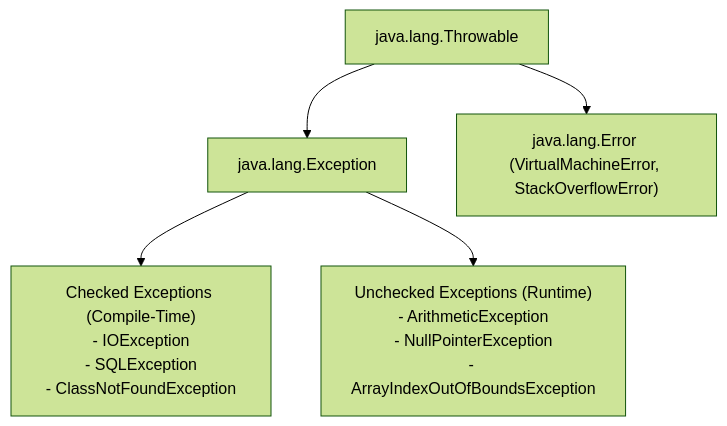
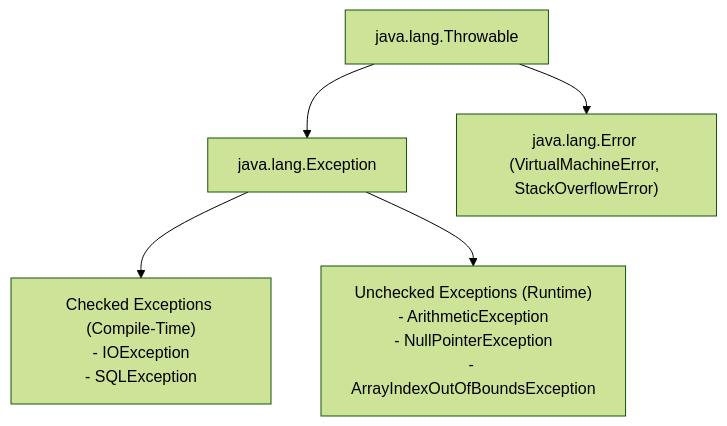
Before and after one commit to Arghya876/Java-Core-Masterclass-and-Practice: the fourth of 4 diagrams in README.md, drawn with Mermaid (forest theme). The commit also changed other lines of this file and 53 other files, not shown here.

````diff
--- a/README.md
+++ b/README.md
@@ -162,9 +174,9 @@
 ```mermaid
 flowchart TD
     Throwable["java.lang.Throwable"]
     Throwable --> Exception["java.lang.Exception"]
     Throwable --> Error["java.lang.Error (VirtualMachineError, StackOverflowError)"]
     
-    Exception --> Checked["Checked Exceptions (Compile-Time)\n- IOException\n- SQLException\n- ClassNotFoundException"]
+    Exception --> Checked["Checked Exceptions (Compile-Time)\n- IOException\n- SQLException"]
     Exception --> Unchecked["Unchecked Exceptions (Runtime)\n- ArithmeticException\n- NullPointerException\n- ArrayIndexOutOfBoundsException"]
 ```
````
